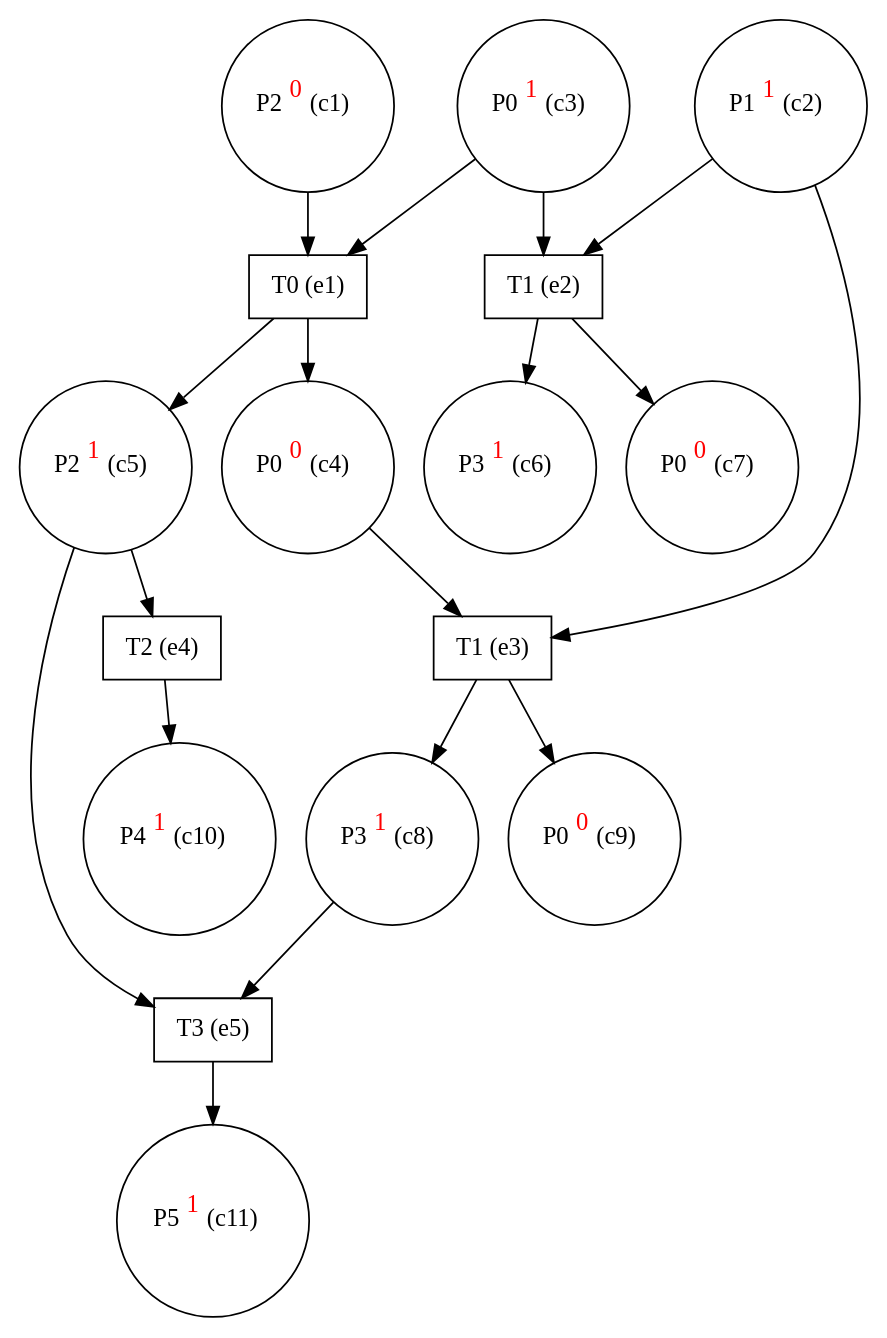
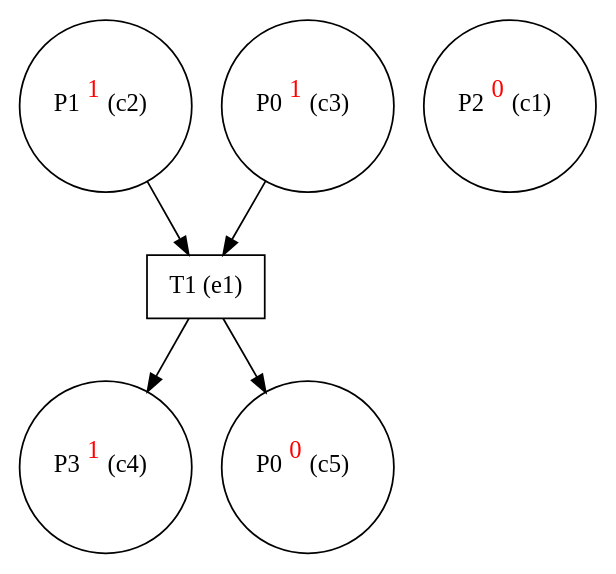
The diagram in small_eg.dot (giannkas/ecofolder), drawn with Graphviz before and after one commit. The commit also changed 32 other files, not shown here.

```diff
--- a/small_eg.dot
+++ b/small_eg.dot
@@ -1,35 +1,12 @@
 digraph test {
-  c1 -> e1;
-  c2 -> e3;
-  c2 -> e2;
-  c3 -> e2;
+  c2 -> e1;
   c3 -> e1;
   e1 -> c4;
-  c4 -> e3;
   e1 -> c5;
-  c5 -> e5;
-  c5 -> e4;
-  e2 -> c6;
-  e2 -> c7;
-  e3 -> c8;
-  c8 -> e5;
-  e3 -> c9;
-  e4 -> c10;
-  e5 -> c11;
   c1 [label= <P2<FONT COLOR="red"><SUP>0</SUP></FONT>&nbsp;(c1)> shape=circle];
   c2 [label= <P1<FONT COLOR="red"><SUP>1</SUP></FONT>&nbsp;(c2)> shape=circle];
   c3 [label= <P0<FONT COLOR="red"><SUP>1</SUP></FONT>&nbsp;(c3)> shape=circle];
-  c4 [label= <P0<FONT COLOR="red"><SUP>0</SUP></FONT>&nbsp;(c4)> shape=circle];
-  c5 [label= <P2<FONT COLOR="red"><SUP>1</SUP></FONT>&nbsp;(c5)> shape=circle];
-  c6 [label= <P3<FONT COLOR="red"><SUP>1</SUP></FONT>&nbsp;(c6)> shape=circle];
-  c7 [label= <P0<FONT COLOR="red"><SUP>0</SUP></FONT>&nbsp;(c7)> shape=circle];
-  c8 [label= <P3<FONT COLOR="red"><SUP>1</SUP></FONT>&nbsp;(c8)> shape=circle];
-  c9 [label= <P0<FONT COLOR="red"><SUP>0</SUP></FONT>&nbsp;(c9)> shape=circle];
-  c10 [label= <P4<FONT COLOR="red"><SUP>1</SUP></FONT>&nbsp;(c10)> shape=circle];
-  c11 [label= <P5<FONT COLOR="red"><SUP>1</SUP></FONT>&nbsp;(c11)> shape=circle];
-  e1 [label="T0 (e1)" shape=box];
-  e2 [label="T1 (e2)" shape=box];
-  e3 [label="T1 (e3)" shape=box];
-  e4 [label="T2 (e4)" shape=box];
-  e5 [label="T3 (e5)" shape=box];
+  c4 [label= <P3<FONT COLOR="red"><SUP>1</SUP></FONT>&nbsp;(c4)> shape=circle];
+  c5 [label= <P0<FONT COLOR="red"><SUP>0</SUP></FONT>&nbsp;(c5)> shape=circle];
+  e1 [label="T1 (e1)" shape=box];
 }
```
